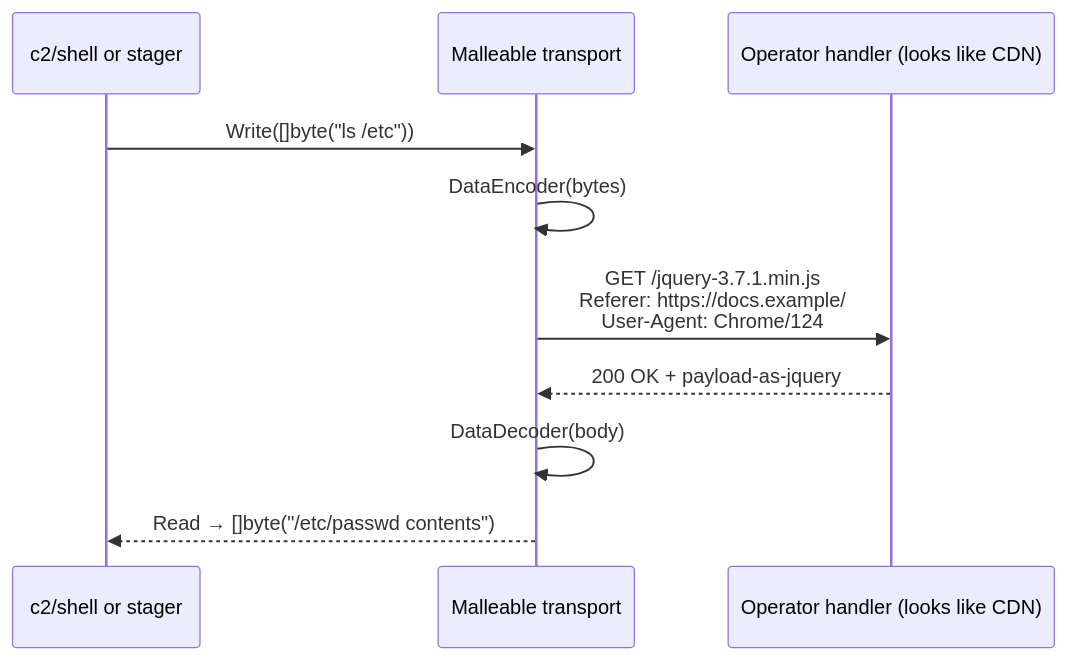
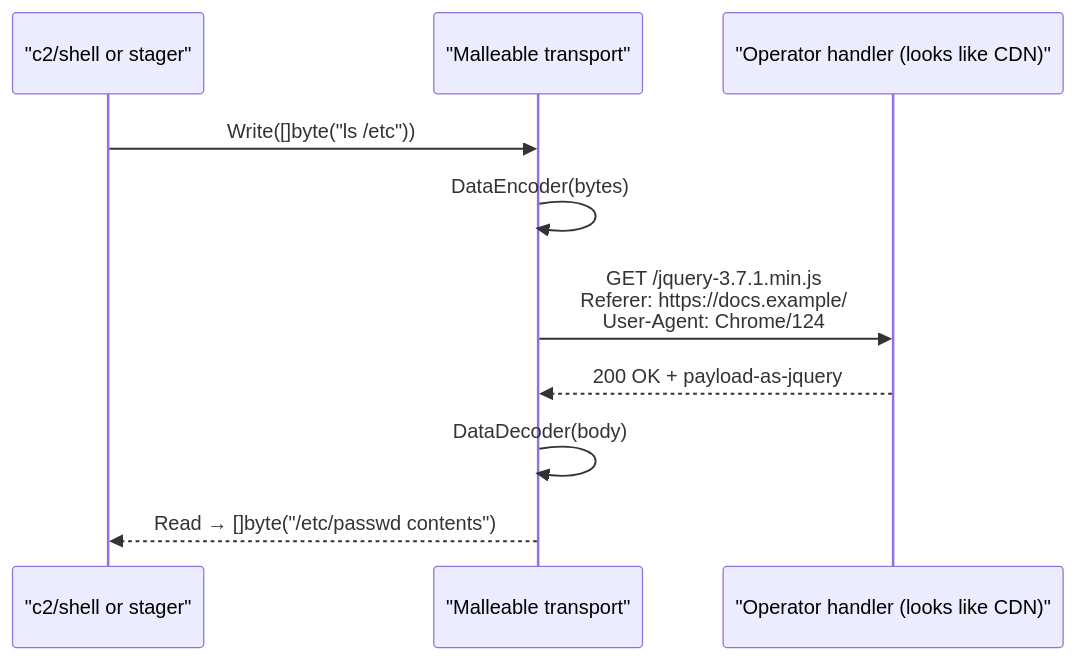
Before and after one commit to oioio-space/maldev: the diagram in docs/techniques/c2/malleable-profiles.md, drawn with Mermaid. The commit also changed 52 other files, not shown here.

First line of the commit message:
fix(docs): quote multi-word Mermaid participant aliases — 11.2.0 strict-mode sweep

````diff
--- a/docs/techniques/c2/malleable-profiles.md
+++ b/docs/techniques/c2/malleable-profiles.md
@@ -47,13 +47,13 @@
 ```mermaid
 sequenceDiagram
-    participant Sh as c2/shell or stager
-    participant Mal as Malleable transport
-    participant CDN as Operator handler (looks like CDN)
+    participant Sh as "c2/shell or stager"
+    participant Mal as "Malleable transport"
+    participant CDN as "Operator handler (looks like CDN)"
 
     Sh->>Mal: Write([]byte("ls /etc"))
     Mal->>Mal: DataEncoder(bytes)
     Mal->>CDN: GET /jquery-3.7.1.min.js<br>Referer: https://docs.example/<br>User-Agent: Chrome/124
     CDN-->>Mal: 200 OK + payload-as-jquery
     Mal->>Mal: DataDecoder(body)
     Mal-->>Sh: Read → []byte("/etc/passwd contents")
 ```
````
